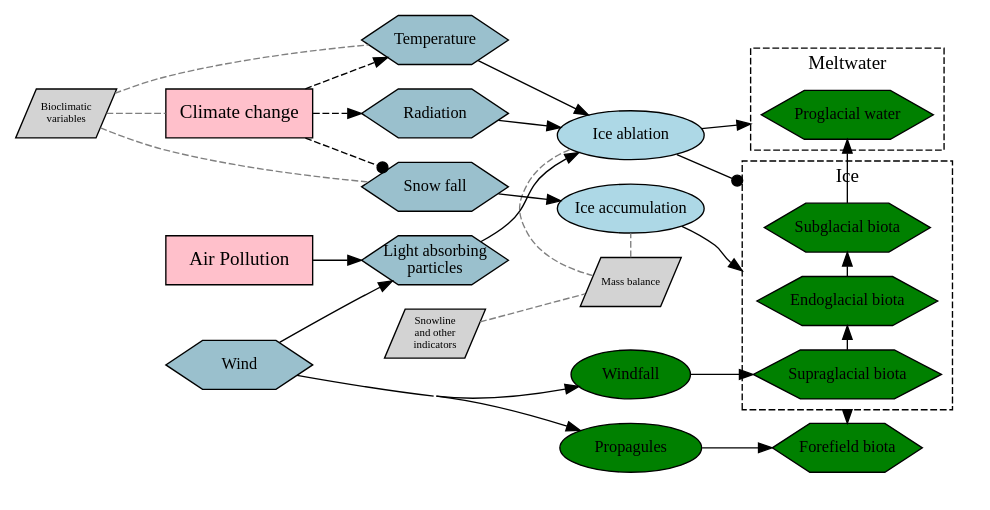
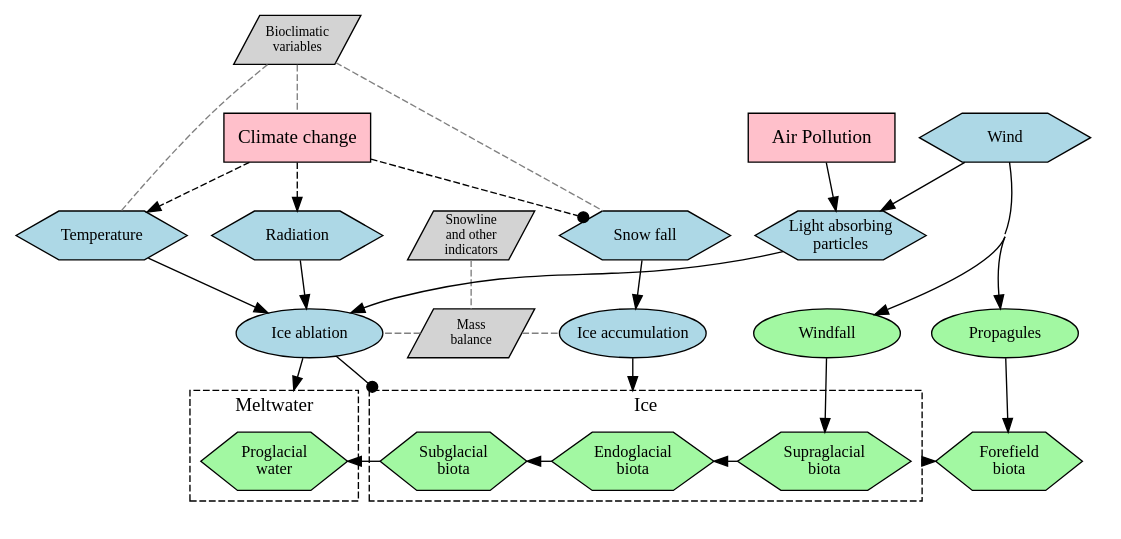
Before and after one commit to red-list-ecosystem/T6.1-SA-01-VE-01-Cordillera-Merida: the diagram in assets/CEM-Venezuela-TGE.gv, drawn with Graphviz. The commit also changed 4 other files, not shown here.

Commit message:
export diagrams as figures for the OSF site

```diff
--- a/assets/CEM-Venezuela-TGE.gv
+++ b/assets/CEM-Venezuela-TGE.gv
@@ -1,105 +1,103 @@
 digraph G {
     #label = "Conceptual Ecosystem Model for Tropical Glacier Ecosystem of the Cordillera de Mérida"
     compound=true; #nodesep=1.0;
     newrank=true;
-    rankdir=LR;
+    rankdir=TB;
     #layout=fdp
     #layout=neato
     concentrate=True;
     #layout=twopi;
-    { node [ shape=parallelogram fontsize=8 fixedsize=true fillcolor=lightgrey style=filled width=1]
+    { node [ shape=parallelogram fontsize=10 fixedsize=true fillcolor=lightgrey style=filled width=1.25]
         IN1 [label="Bioclimatic\nvariables"]
         IN2 [label="Snowline\nand other\nindicators"]
-        IN3 [label="Mass balance"]
+        IN3 [label="Mass\nbalance"]
       #  IN4 [label="Species\ndistribution"]
       # IN5 [label="Species\nabundance\nand diversity"]
     }
   {
-    node [margin=0 fillcolor= lightblue3 fontcolor=black fontsize=12 width=0.5 shape= hexagon style=filled fixedsize=true width=1.5]
+    node [margin=0 fillcolor= lightblue fontcolor=black fontsize=12 shape= hexagon style=filled fixedsize=true width=1.75]
     AE1 [label="Snow fall"]
     AE2 [label="Temperature"]
     AE3 [label="Radiation"]
     AE4 [label="Light absorbing\nparticles"]
     AE5 [label="Wind"]
     #AE5 [label="Ice substrate"]
     #AE6 [label="Meltwater"]
   }
   {
     node [ shape=ellipse fillcolor=lightblue fontsize=12 style=filled fixedsize=true width=1.5]
     AP1 [label="Ice accumulation"]
     AP2 [label="Ice ablation"]
   }
   {
     node [shape=rectangle fillcolor=pink style=filled fixedsize=true width=1.5]
     TR1 [label="Air Pollution"]
     # TR2 [label="Vulcanism"]
     TR3 [label="Climate change"]
   }
   {
-    node [ shape=ellipse fillcolor=green fontsize=12 style=filled]
+    node [shape=ellipse fillcolor="#7ef57eb7" fontsize=12 style=filled width=1.5]
     BP1 [label="Propagules"]
     BP2 [label="Windfall "] # (nutrients and propagules)
   }
   {
-    node [margin=0 fillcolor=green fontcolor=black fontsize=12 width=0.5 shape=hexagon style=filled fixedsize=false]
-    CB1 [label="Supraglacial biota"]
-    CB2 [label="Endoglacial biota"]
-    CB3 [label="Subglacial biota"]
-    CB4 [label="Proglacial water"]
-    CB5 [label="Forefield biota"]
+    node [margin=0 fillcolor="#7ef57eb7" fontcolor=black fontsize=12 width=1.5 shape=hexagon style=filled fixedsize=false]
+    CB1 [label="Supraglacial\nbiota"]
+    CB2 [label="Endoglacial\nbiota"]
+    CB3 [label="Subglacial\nbiota"]
+    CB4 [label="Proglacial\nwater"]
+    CB5 [label="Forefield\nbiota"]
   }
   subgraph clusterBio {
       label=""
       style="invis"
       rank="same";
 
     subgraph clusterIce {
           label = "Ice" style = "dashed" pos="topright"
         #subgraph {
             CB1 -> CB2 -> CB3
         #}
     }
     subgraph clusterMelt {
       label = "Meltwater" style = "dashed"
       CB4
     }
     subgraph {
         CB5 #IN5
     }
     }
 
   subgraph clusterMB {
       rank="same";
       label=""
       style="invis"
       {AP1 AP2 IN3}
   }
   #CB1->IN4 [ arrowhead=none ]
 
    AP2 -> CB3 [arrowhead=dot lhead=clusterIce]
    AP1 -> CB2 [lhead=clusterIce]
    AP2 -> CB4 [lhead=clusterMelt]
- 
-
     BP2 -> CB1
-    CB3 -> CB4 
+    {CB3} -> CB4 
     CB1 -> CB5 [ltail=clusterIce]
     #BP1 -> {CB2 CB3}
     #CB1 -> BP1
     AE5 -> {AE4 BP2 BP1}
     BP1 -> CB5
-  TR1 -> AE4
-  # TR2 -> AE2 [ style=dashed ]
-  # TR2 -> AE4
-  # TR2 -> AE3 [arrowhead=dot style=dashed]
-  TR3 -> {AE2 AE3} [ style=dashed ]
-  TR3 -> AE1 [arrowhead=dot style=dashed]
-  AE1 -> AP1
-  AE2 -> AP2
-  AE3 -> AP2
-  AE4 -> AP2
-  IN2->IN3 [ style=dashed  arrowhead=none color=grey ]
-  IN1->{TR3; AE1; AE2} [style=dashed  arrowhead=none color=grey ]
-  IN3->{AP1;AP2} [style=dashed arrowhead=none color=grey]
-  #CB4->IN5->CB5 [style=tapered arrowhead=none dir=both ]
+    TR1 -> AE4
+    # TR2 -> AE2 [ style=dashed ]
+    # TR2 -> AE4
+    # TR2 -> AE3 [arrowhead=dot style=dashed]
+    TR3 -> {AE2 AE3} [ style=dashed ]
+    TR3 -> AE1 [arrowhead=dot style=dashed]
+    AE1 -> AP1
+    AE2 -> AP2
+    AE3 -> AP2
+    AE4 -> AP2
+    IN2->IN3 [ style=dashed  arrowhead=none color=grey ]
+    IN1->{TR3; AE1; AE2} [style=dashed  arrowhead=none color=grey ]
+    IN3->{AP1;AP2} [style=dashed arrowhead=none color=grey]
+    #CB4->IN5->CB5 [style=tapered arrowhead=none dir=both ]
 }
```
